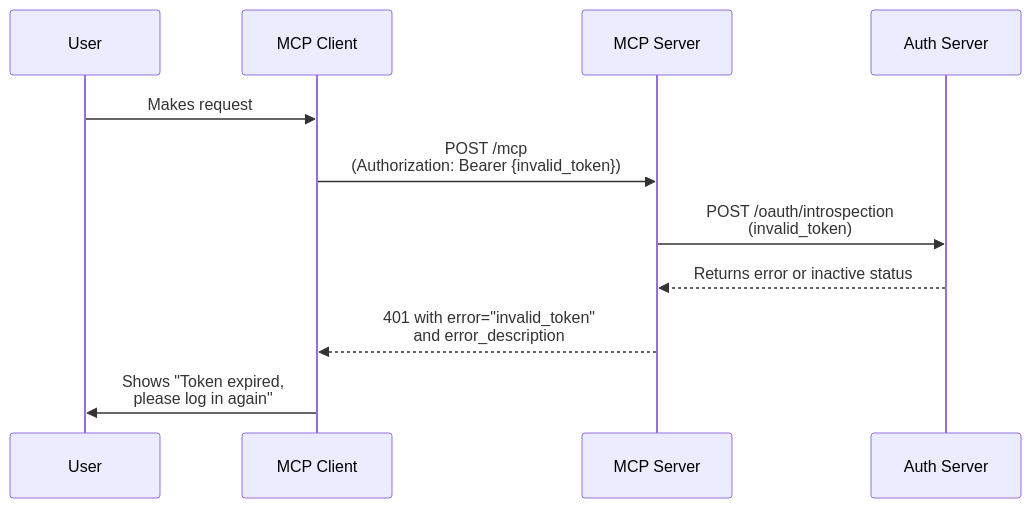
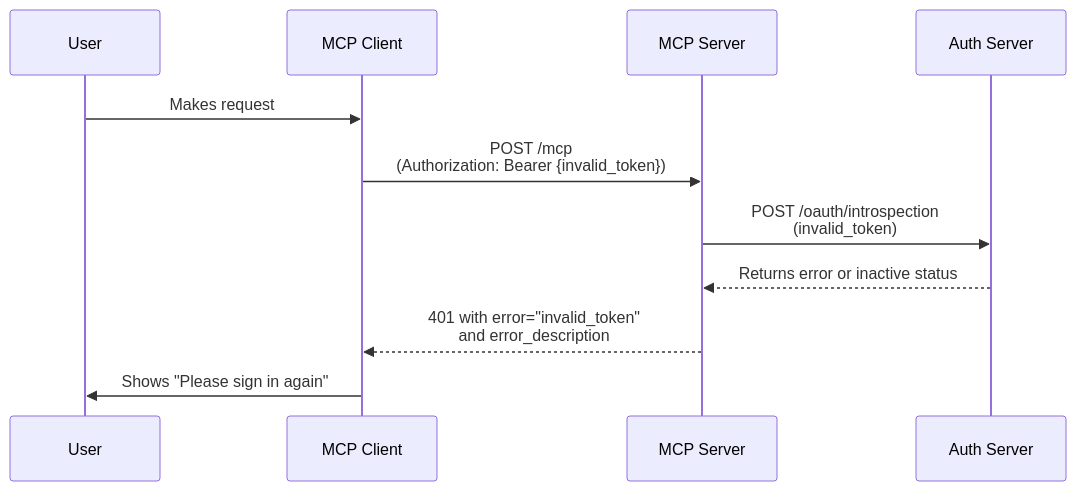
Before and after one commit to epicweb-dev/mcp-auth: the diagram in exercises/03.auth-info/02.problem.error/README.mdx, drawn with Mermaid. The commit also changed other lines of this file and 30 other files, not shown here.

````diff
--- a/exercises/03.auth-info/02.problem.error/README.mdx
+++ b/exercises/03.auth-info/02.problem.error/README.mdx
@@ -24,9 +24,9 @@
 ```mermaid
 sequenceDiagram
     User->>MCP Client: Makes request
     MCP Client->>MCP Server: POST /mcp<br/>(Authorization: Bearer {invalid_token})
     MCP Server->>Auth Server: POST /oauth/introspection<br/>(invalid_token)
     Auth Server-->>MCP Server: Returns error or inactive status
     MCP Server-->>MCP Client: 401 with error="invalid_token"<br/>and error_description
-    MCP Client->>User: Shows "Token expired,<br/>please log in again"
+    MCP Client->>User: Shows "Please sign in again"
 ```
````
